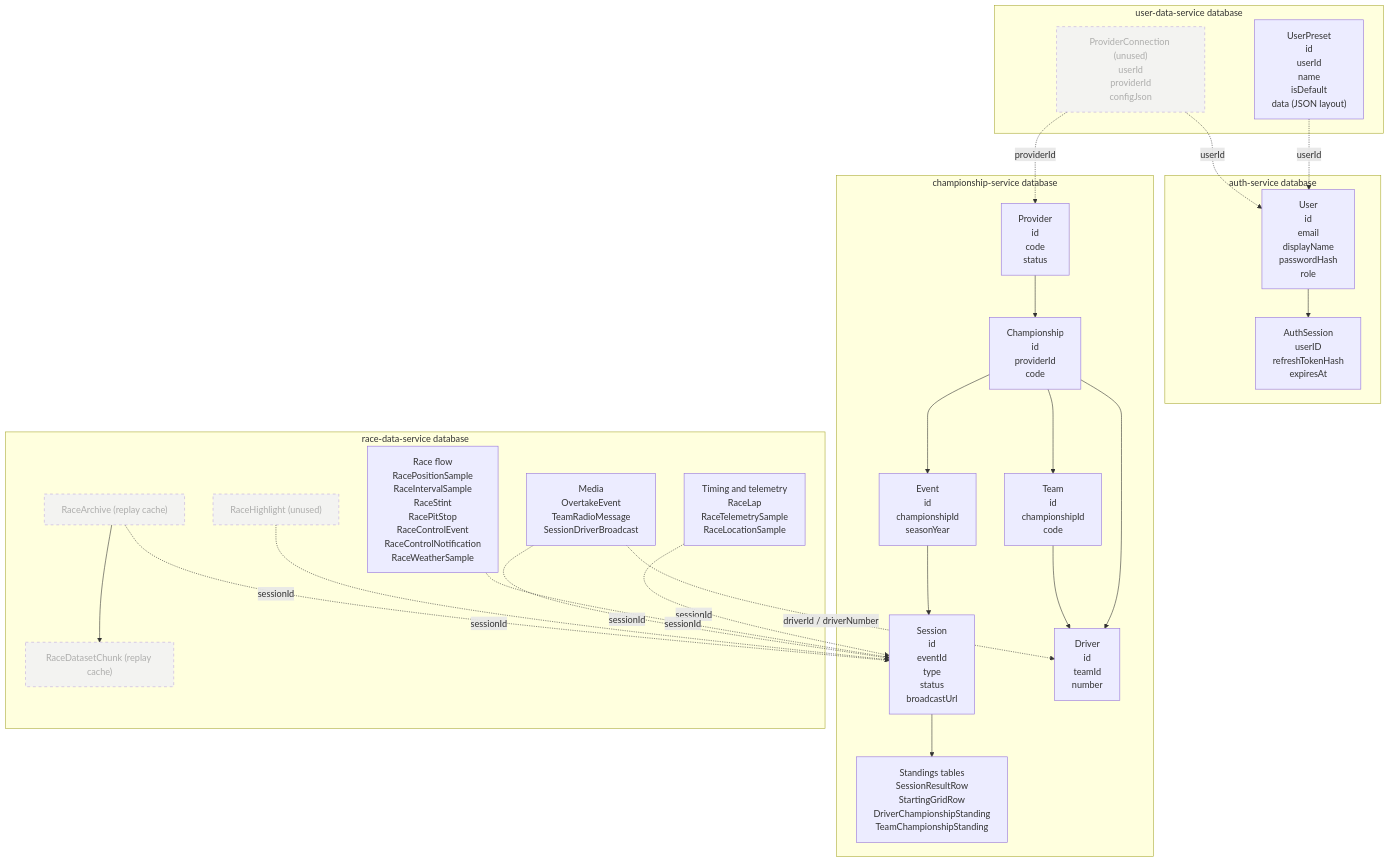
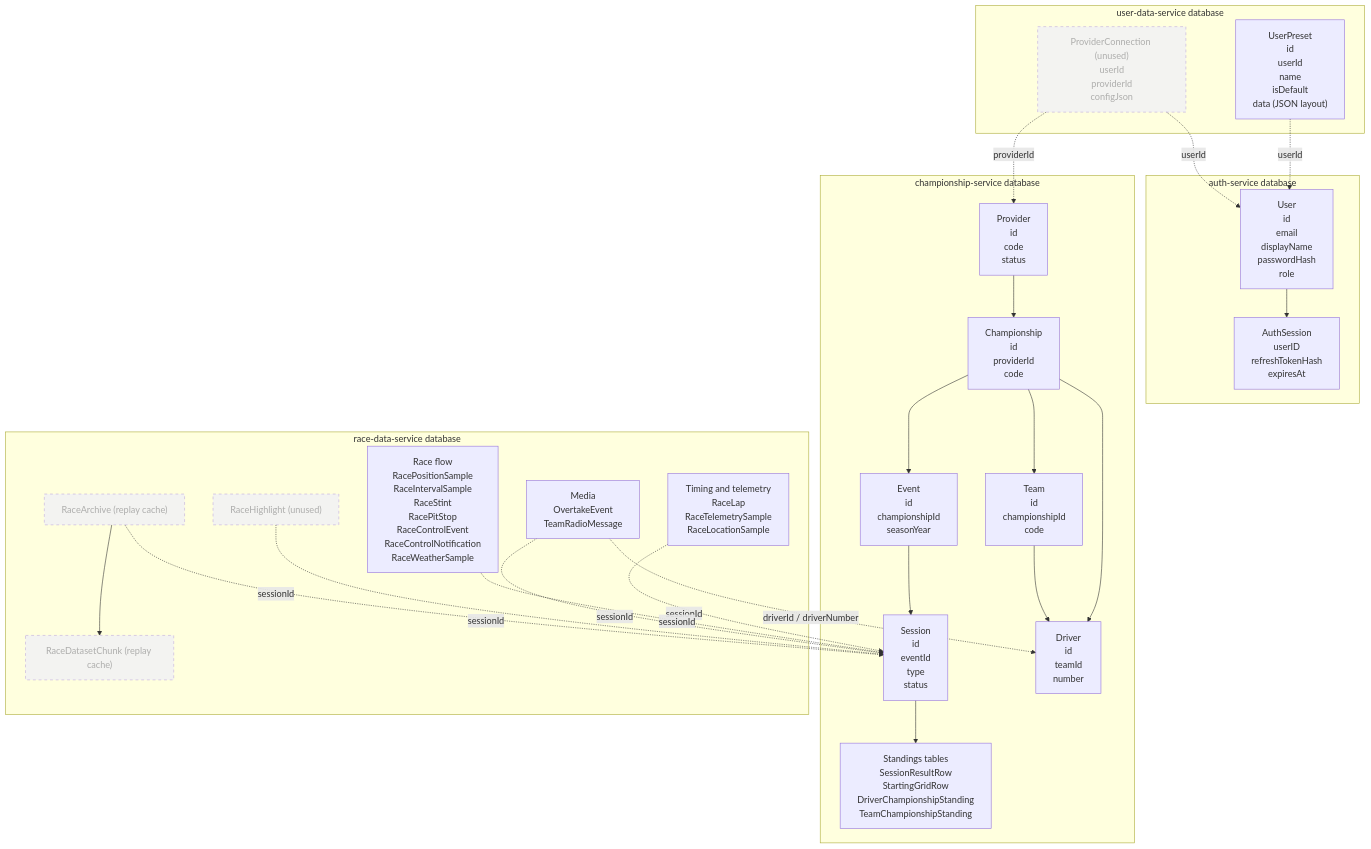
One commit to OverDrive-Motorsports/OD_Backend changed the diagram in docs/database-diagram.mmd. Above: the diagram before and after it, drawn with Mermaid. The commit also changed 81 other files, not shown here.

```diff
--- a/docs/database-diagram.mmd
+++ b/docs/database-diagram.mmd
@@ -1,104 +1,102 @@
 flowchart TB
     subgraph AUTH_DB["auth-service database"]
         AUTH_USER["User
 id
 email
 displayName
 passwordHash
 role"]
         AUTH_SESSION["AuthSession
 userID
 refreshTokenHash
 expiresAt"]
         AUTH_USER --> AUTH_SESSION
     end
 
     subgraph USER_DATA_DB["user-data-service database"]
         UDS_PRESET["UserPreset
 id
 userId
 name
 isDefault
 data (JSON layout)"]
         UDS_CONNECTION["ProviderConnection (unused)
 userId
 providerId
 configJson"]
     end
 
     subgraph CHAMPIONSHIP_DB["championship-service database"]
         CH_PROVIDER["Provider
 id
 code
 status"]
         CH_CHAMP["Championship
 id
 providerId
 code"]
         CH_EVENT["Event
 id
 championshipId
 seasonYear"]
         CH_SESSION["Session
 id
 eventId
 type
-status
-broadcastUrl"]
+status"]
         CH_TEAM["Team
 id
 championshipId
 code"]
         CH_DRIVER["Driver
 id
 teamId
 number"]
         CH_STANDINGS["Standings tables
 SessionResultRow
 StartingGridRow
 DriverChampionshipStanding
 TeamChampionshipStanding"]
         CH_PROVIDER --> CH_CHAMP
         CH_CHAMP --> CH_EVENT
         CH_CHAMP --> CH_TEAM
         CH_CHAMP --> CH_DRIVER
         CH_EVENT --> CH_SESSION
         CH_TEAM --> CH_DRIVER
         CH_SESSION --> CH_STANDINGS
     end
 
     subgraph RACE_DATA_DB["race-data-service database"]
         RD_TIMING["Timing and telemetry
 RaceLap
 RaceTelemetrySample
 RaceLocationSample"]
         RD_FLOW["Race flow
 RacePositionSample
 RaceIntervalSample
 RaceStint
 RacePitStop
 RaceControlEvent
 RaceControlNotification
 RaceWeatherSample"]
         RD_MEDIA["Media
 OvertakeEvent
-TeamRadioMessage
-SessionDriverBroadcast"]
+TeamRadioMessage"]
         RD_HIGHLIGHT["RaceHighlight (unused)"]
         RD_ARCHIVE["RaceArchive (replay cache)"]
         RD_CHUNK["RaceDatasetChunk (replay cache)"]
         RD_ARCHIVE --> RD_CHUNK
     end
 
     UDS_PRESET -. "userId" .-> AUTH_USER
     UDS_CONNECTION -. "userId" .-> AUTH_USER
     UDS_CONNECTION -. "providerId" .-> CH_PROVIDER
     RD_TIMING -. "sessionId" .-> CH_SESSION
     RD_FLOW -. "sessionId" .-> CH_SESSION
     RD_MEDIA -. "sessionId" .-> CH_SESSION
     RD_MEDIA -. "driverId / driverNumber" .-> CH_DRIVER
     RD_HIGHLIGHT -. "sessionId" .-> CH_SESSION
     RD_ARCHIVE -. "sessionId" .-> CH_SESSION
 
     classDef unused stroke-dasharray: 5 5,opacity:0.6
     class UDS_CONNECTION,RD_HIGHLIGHT,RD_ARCHIVE,RD_CHUNK unused
```
